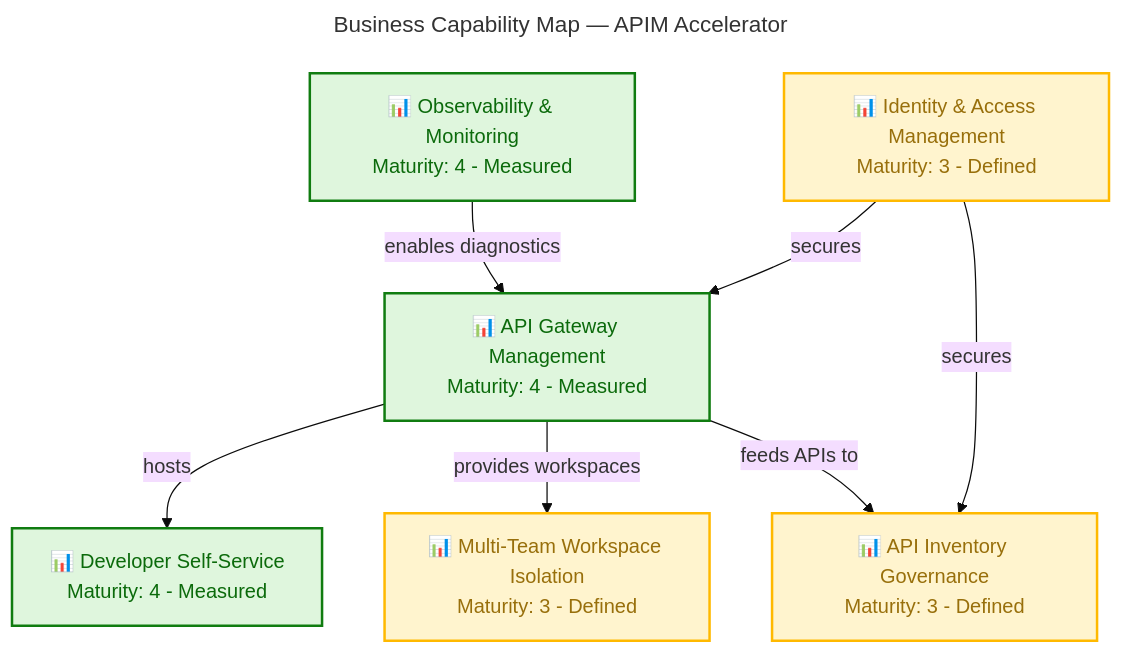
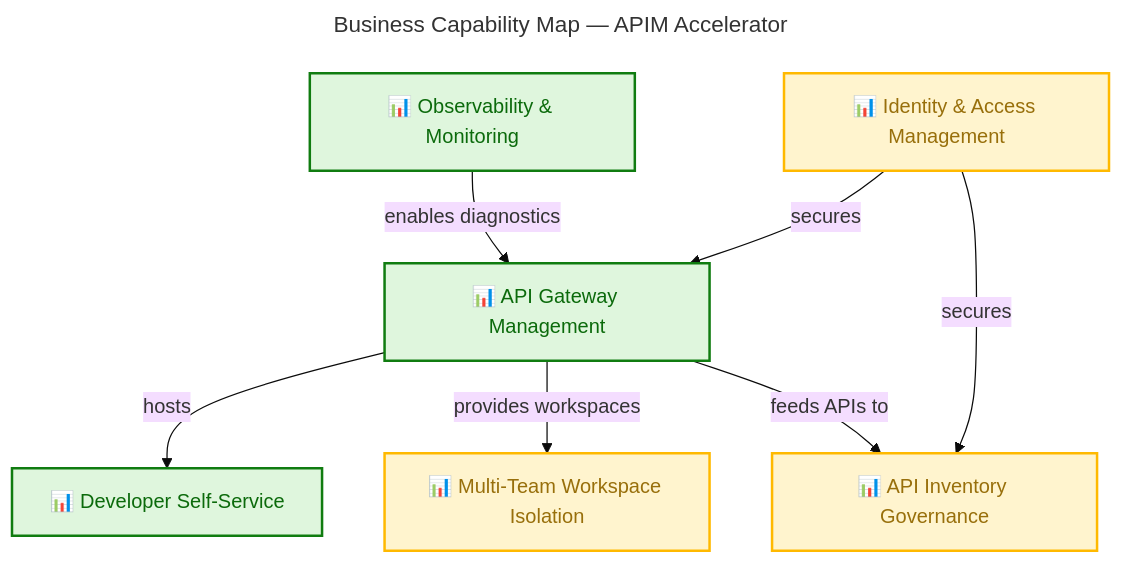
The first of 7 diagrams in docs/architecture/business-architecture.md (Evilazaro/APIM-Accelerator), drawn with Mermaid before and after one commit. The commit also changed other lines of this file, not shown here.

````diff
--- a/docs/architecture/business-architecture.md
+++ b/docs/architecture/business-architecture.md
@@ -143,47 +142,47 @@
 ```mermaid
 ---
 title: "Business Capability Map — APIM Accelerator"
 config:
   theme: base
   look: classic
   layout: dagre
   themeVariables:
     fontSize: '16px'
 ---
 flowchart TB
     accTitle: Business Capability Map
-    accDescr: Shows 6 core business capabilities with maturity levels and dependency relationships
+    accDescr: Shows 6 core business capabilities with dependency relationships
 
     %% ═══════════════════════════════════════════════════════════════════════════
     %% AZURE / FLUENT ARCHITECTURE PATTERN v1.1
     %% (Semantic + Structural + Font + Accessibility Governance)
     %% ═══════════════════════════════════════════════════════════════════════════
     %% PHASE 1 - STRUCTURAL: Direction explicit, flat topology, nesting ≤ 3
     %% PHASE 2 - SEMANTIC: Colors justified, max 5 semantic classes, neutral-first
     %% PHASE 3 - FONT: Dark text on light backgrounds, contrast ≥ 4.5:1
     %% PHASE 4 - ACCESSIBILITY: accTitle/accDescr present, icons on all nodes
     %% PHASE 5 - STANDARD: Governance block present, classDefs centralized
     %% ═══════════════════════════════════════════════════════════════════════════
 
-    cap1["📊 API Gateway Management<br/>Maturity: 4 - Measured"]:::success
-    cap2["📊 Developer Self-Service<br/>Maturity: 4 - Measured"]:::success
-    cap3["📊 API Inventory Governance<br/>Maturity: 3 - Defined"]:::warning
-    cap4["📊 Observability & Monitoring<br/>Maturity: 4 - Measured"]:::success
-    cap5["📊 Identity & Access Management<br/>Maturity: 3 - Defined"]:::warning
-    cap6["📊 Multi-Team Workspace Isolation<br/>Maturity: 3 - Defined"]:::warning
+    cap1["📊 API Gateway Management"]:::success
+    cap2["📊 Developer Self-Service"]:::success
+    cap3["📊 API Inventory Governance"]:::warning
+    cap4["📊 Observability & Monitoring"]:::success
+    cap5["📊 Identity & Access Management"]:::warning
+    cap6["📊 Multi-Team Workspace Isolation"]:::warning
 
     cap4 -->|"enables diagnostics"| cap1
     cap5 -->|"secures"| cap1
     cap5 -->|"secures"| cap3
     cap1 -->|"hosts"| cap2
     cap1 -->|"provides workspaces"| cap6
     cap1 -->|"feeds APIs to"| cap3
 
     classDef neutral  fill:#FAFAFA,stroke:#8A8886,stroke-width:2px,color:#323130
     classDef core     fill:#DEECF9,stroke:#0078D4,stroke-width:2px,color:#004578
     classDef success  fill:#DFF6DD,stroke:#107C10,stroke-width:2px,color:#0B6A0B
     classDef warning  fill:#FFF4CE,stroke:#FFB900,stroke-width:2px,color:#986F0B
     classDef danger   fill:#FDE7E9,stroke:#E81123,stroke-width:2px,color:#A4262C
     classDef data     fill:#E1DFDD,stroke:#8378DE,stroke-width:2px,color:#5B5FC7
     classDef external fill:#F3F2F1,stroke:#605E5C,stroke-width:2px,color:#323130
 ```
````
